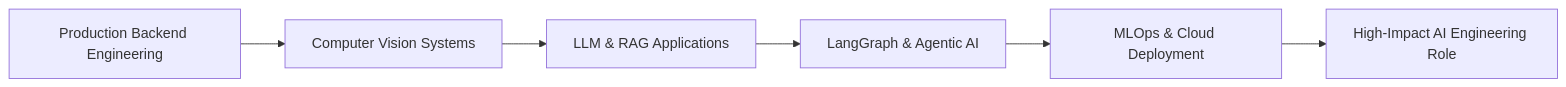
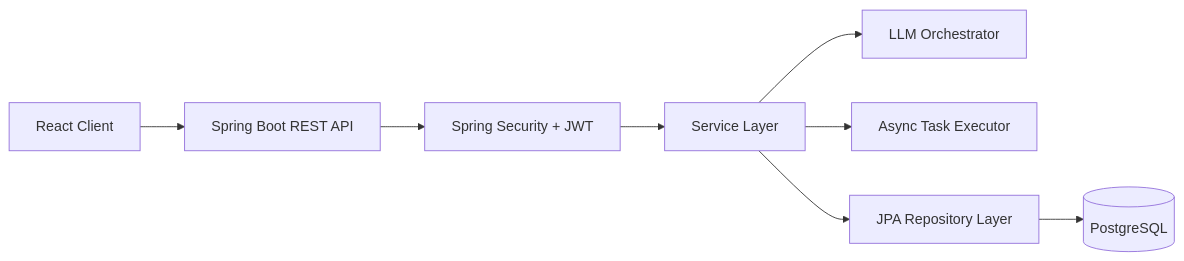
The fourth of 4 diagrams in README.md (saumyasrivastava21/saumyasrivastava21), drawn with Mermaid before and after one commit. The commit also changed other lines of this file, not shown here.

````diff
--- a/README.md
+++ b/README.md
@@ -562,8 +193,10 @@
 ```mermaid
 flowchart LR
-    A[Production Backend Engineering] --> B[Computer Vision Systems]
-    B --> C[LLM & RAG Applications]
-    C --> D[LangGraph & Agentic AI]
-    D --> E[MLOps & Cloud Deployment]
-    E --> F[High-Impact AI Engineering Role]
+    Client[React Client] --> SB[Spring Boot REST API]
+    SB --> Sec[Spring Security + JWT]
+    Sec --> Service[Service Layer]
+    Service --> Orch[LLM Orchestrator]
+    Service --> Async[Async Task Executor]
+    Service --> Repo[JPA Repository Layer]
+    Repo --> DB[(PostgreSQL)]
 ```
````
